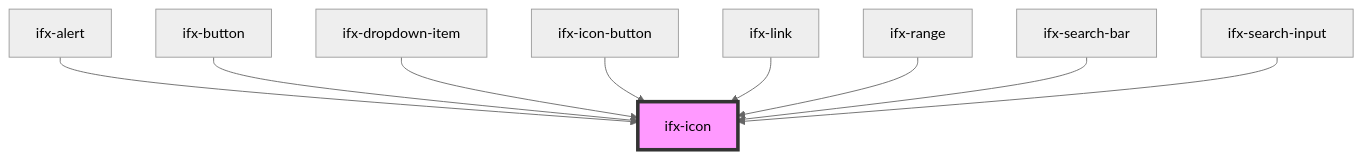
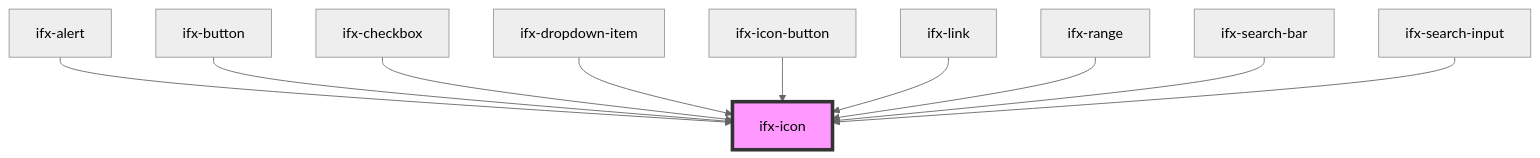
The diagram in src/components/icon/readme.md (Infineon/infineon-design-system-stencil), drawn with Mermaid (neutral theme) before and after one commit. The commit also changed other lines of this file and 2 other files, not shown here.

Commit message:
added to storybook

````diff
--- a/src/components/icon/readme.md
+++ b/src/components/icon/readme.md
@@ -30,12 +31,13 @@
 ```mermaid
 graph TD;
   ifx-alert --> ifx-icon
   ifx-button --> ifx-icon
+  ifx-checkbox --> ifx-icon
   ifx-dropdown-item --> ifx-icon
   ifx-icon-button --> ifx-icon
   ifx-link --> ifx-icon
   ifx-range --> ifx-icon
   ifx-search-bar --> ifx-icon
   ifx-search-input --> ifx-icon
   style ifx-icon fill:#f9f,stroke:#333,stroke-width:4px
 ```
````
